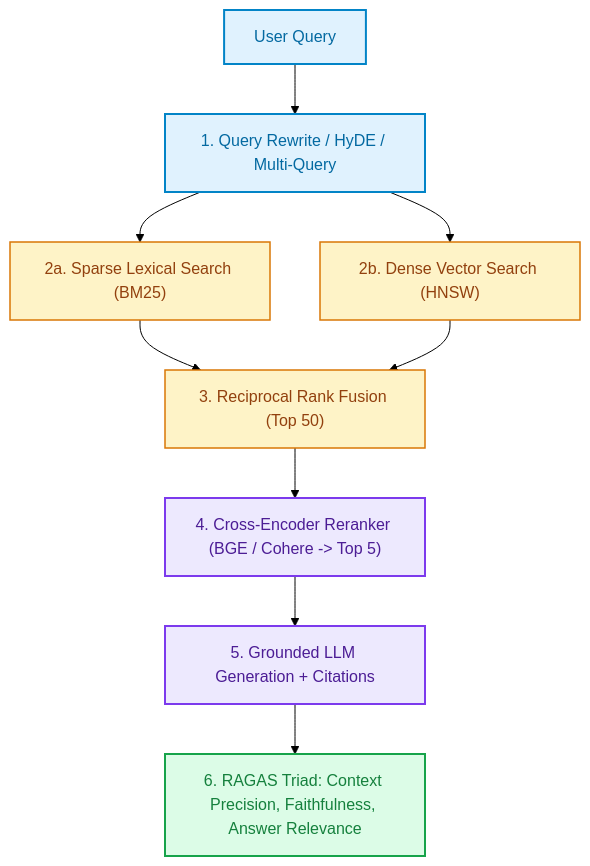
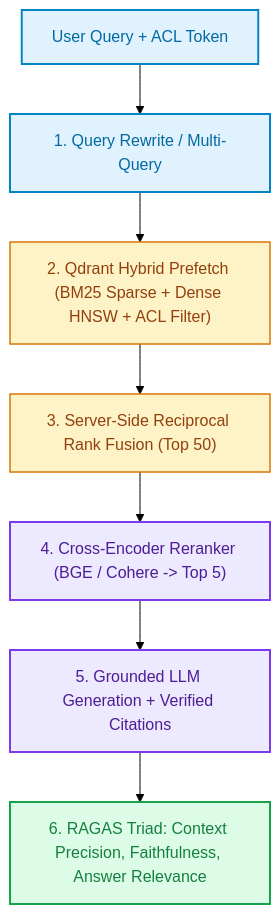
The second of 2 diagrams in curriculum/03-modern-ai-and-genai/06_llms_finetuning_and_rag.md (FirdowsRahaman/agentic-ai-and-ml-roadmap), drawn with Mermaid (forest theme) before and after one commit. The commit also changed other lines of this file and 20 other files, not shown here.

Commit message:
feat(handbook): convert curriculum to pure Engineering Handbook style and add Qdrant hybrid RAG section

````diff
--- a/curriculum/03-modern-ai-and-genai/06_llms_finetuning_and_rag.md
+++ b/curriculum/03-modern-ai-and-genai/06_llms_finetuning_and_rag.md
@@ -117,20 +178,19 @@
 ```mermaid
 flowchart TD
-    Q["User Query"] --> QT["1. Query Rewrite / HyDE / Multi-Query"]
-    QT --> BM25["2a. Sparse Lexical Search (BM25)"]
-    QT --> DENSE["2b. Dense Vector Search (HNSW)"]
-    BM25 & DENSE --> RRF["3. Reciprocal Rank Fusion (Top 50)"]
+    Q["User Query + ACL Token"] --> QT["1. Query Rewrite / Multi-Query"]
+    QT --> QD["2. Qdrant Hybrid Prefetch (BM25 Sparse + Dense HNSW + ACL Filter)"]
+    QD --> RRF["3. Server-Side Reciprocal Rank Fusion (Top 50)"]
     RRF --> CE["4. Cross-Encoder Reranker (BGE / Cohere -> Top 5)"]
-    CE --> GEN["5. Grounded LLM Generation + Citations"]
+    CE --> GEN["5. Grounded LLM Generation + Verified Citations"]
     GEN --> EVAL["6. RAGAS Triad: Context Precision, Faithfulness, Answer Relevance"]
 
     classDef inp fill:#E0F2FE,stroke:#0284C7,stroke-width:2px,color:#0369A1;
     classDef ret fill:#FEF3C7,stroke:#D97706,stroke-width:1.5px,color:#92400E;
     classDef rank fill:#EDE9FE,stroke:#7C3AED,stroke-width:2px,color:#4C1D95;
     classDef out fill:#DCFCE7,stroke:#16A34A,stroke-width:2px,color:#15803D;
 
     class Q,QT inp;
-    class BM25,DENSE,RRF ret;
+    class QD,RRF ret;
     class CE,GEN rank;
     class EVAL out;
 ```
````
